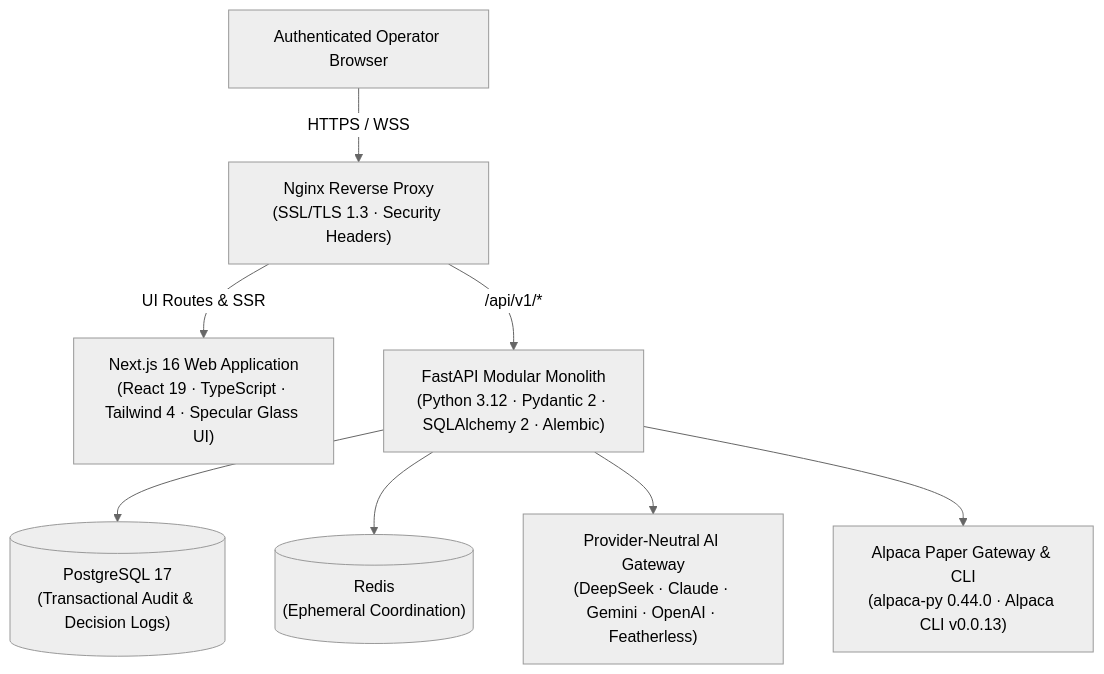
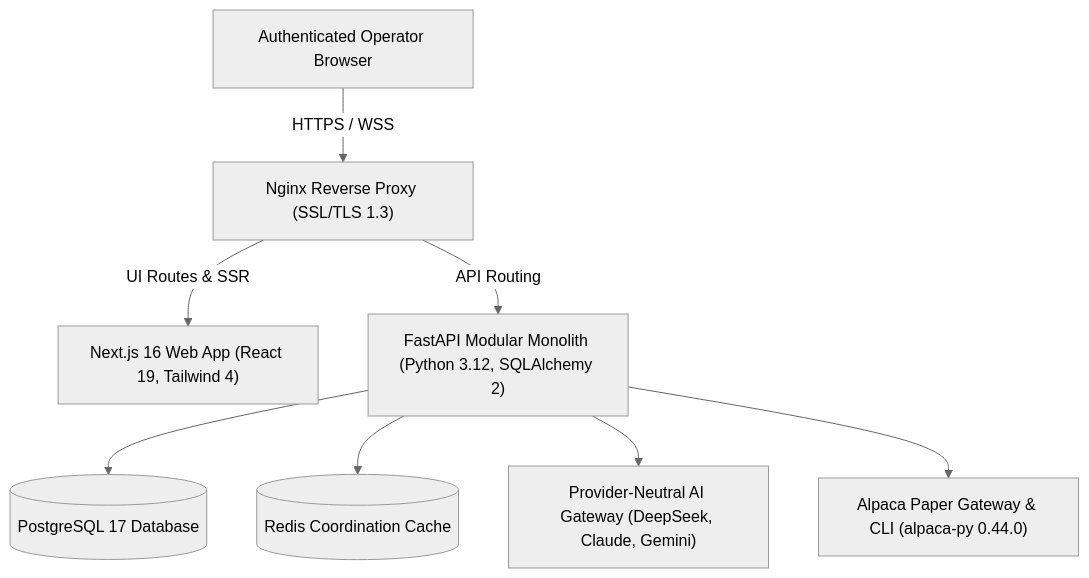
The third of 3 diagrams in README.md (MaChewwwww/PRISM), drawn with Mermaid (neutral theme) before and after one commit. The commit also changed other lines of this file and 1 other file, not shown here.

Commit message:
fix(readme): clean up mermaid edge label syntax to resolve github markdown parsing

````diff
--- a/README.md
+++ b/README.md
@@ -207,11 +207,11 @@
 ```mermaid
 flowchart TD
-    Client["Authenticated Operator Browser"] -->|HTTPS / WSS| Proxy["Nginx Reverse Proxy\n(SSL/TLS 1.3 · Security Headers)"]
-    Proxy -->|UI Routes & SSR| Next["Next.js 16 Web Application\n(React 19 · TypeScript · Tailwind 4 · Specular Glass UI)"]
-    Proxy -->|/api/v1/*| API["FastAPI Modular Monolith\n(Python 3.12 · Pydantic 2 · SQLAlchemy 2 · Alembic)"]
+    Client["Authenticated Operator Browser"] -->|HTTPS / WSS| Proxy["Nginx Reverse Proxy (SSL/TLS 1.3)"]
+    Proxy -->|UI Routes & SSR| Next["Next.js 16 Web App (React 19, Tailwind 4)"]
+    Proxy -->|API Routing| API["FastAPI Modular Monolith (Python 3.12, SQLAlchemy 2)"]
     
-    API --> DB[("PostgreSQL 17\n(Transactional Audit & Decision Logs)")]
-    API --> Cache[("Redis\n(Ephemeral Coordination)")]
-    API --> LLM["Provider-Neutral AI Gateway\n(DeepSeek · Claude · Gemini · OpenAI · Featherless)"]
-    API --> Alpaca["Alpaca Paper Gateway & CLI\n(alpaca-py 0.44.0 · Alpaca CLI v0.0.13)"]
+    API --> DB[("PostgreSQL 17 Database")]
+    API --> Cache[("Redis Coordination Cache")]
+    API --> LLM["Provider-Neutral AI Gateway (DeepSeek, Claude, Gemini)"]
+    API --> Alpaca["Alpaca Paper Gateway & CLI (alpaca-py 0.44.0)"]
 ```
````
